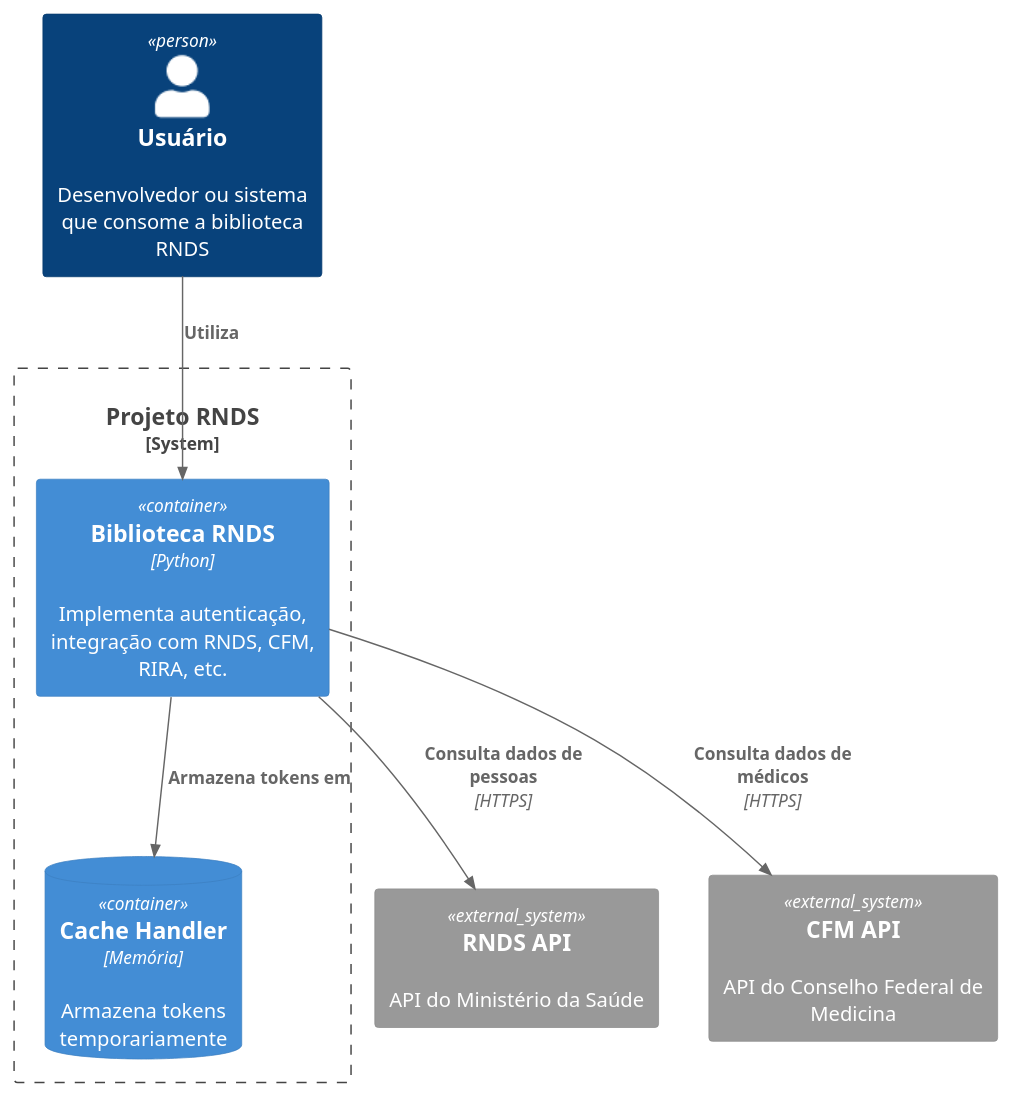
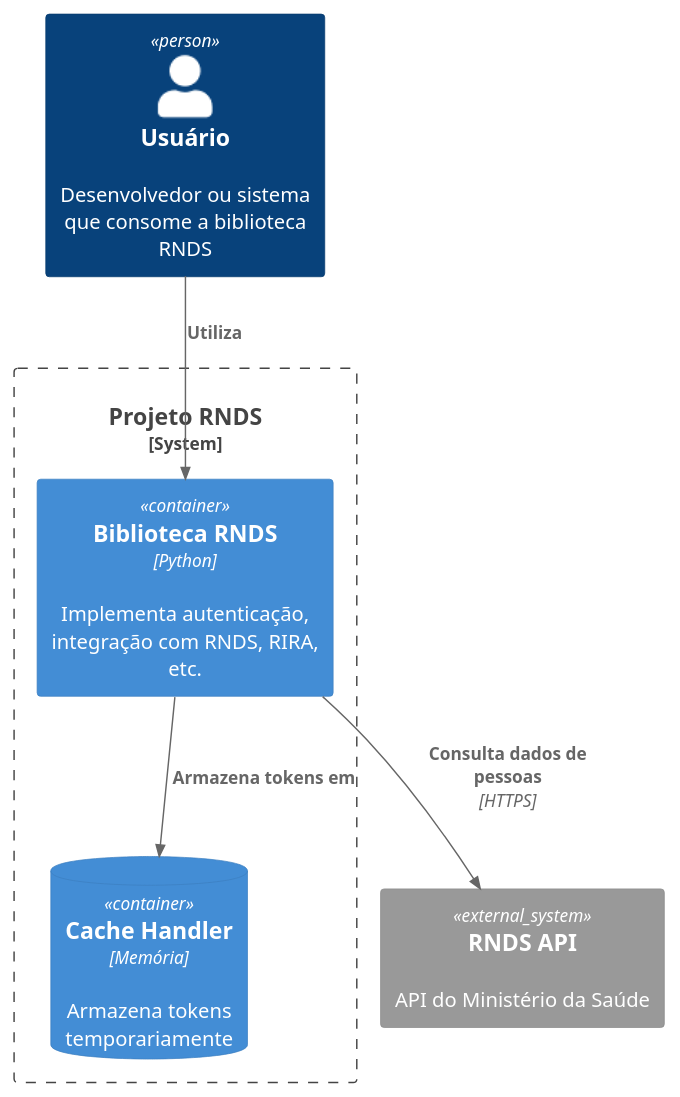
Before and after one commit to Regulacao-SUS/rnds: the diagram in docs/c4-l2-container.puml, drawn with PlantUML. The commit also changed 7 other files, not shown here.

```diff
--- a/docs/c4-l2-container.puml
+++ b/docs/c4-l2-container.puml
@@ -1,19 +1,17 @@
 @startuml
 !include https://raw.githubusercontent.com/plantuml-stdlib/C4-PlantUML/master/C4_Container.puml
 
 Person(user, "Usuário", "Desenvolvedor ou sistema que consome a biblioteca RNDS")
 
 System_Boundary(s1, "Projeto RNDS") {
-    Container(lib, "Biblioteca RNDS", "Python", "Implementa autenticação, integração com RNDS, CFM, RIRA, etc.")
+    Container(lib, "Biblioteca RNDS", "Python", "Implementa autenticação, integração com RNDS, RIRA, etc.")
     ContainerDb(cache, "Cache Handler", "Memória", "Armazena tokens temporariamente")
 }
 
 System_Ext(rnds, "RNDS API", "API do Ministério da Saúde")
-System_Ext(cfm, "CFM API", "API do Conselho Federal de Medicina")
 
 Rel(user, lib, "Utiliza")
 Rel(lib, cache, "Armazena tokens em")
 Rel(lib, rnds, "Consulta dados de pessoas", "HTTPS")
-Rel(lib, cfm, "Consulta dados de médicos", "HTTPS")
 
 @enduml
```
